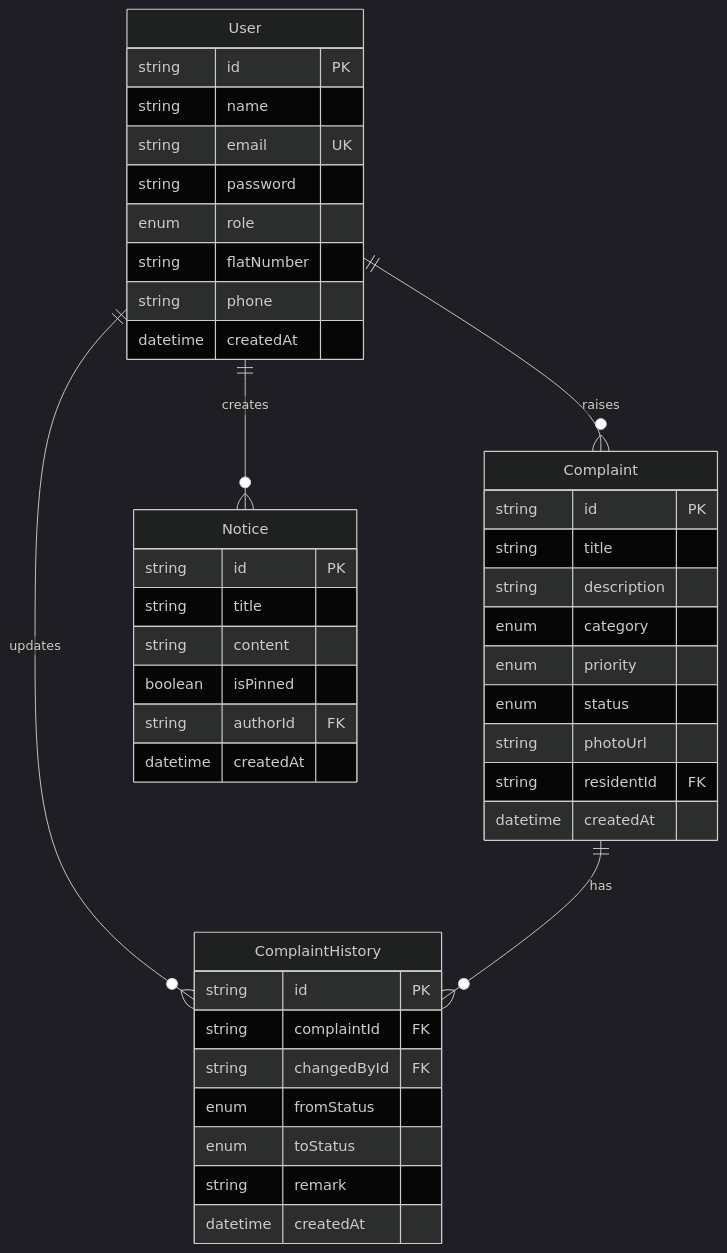
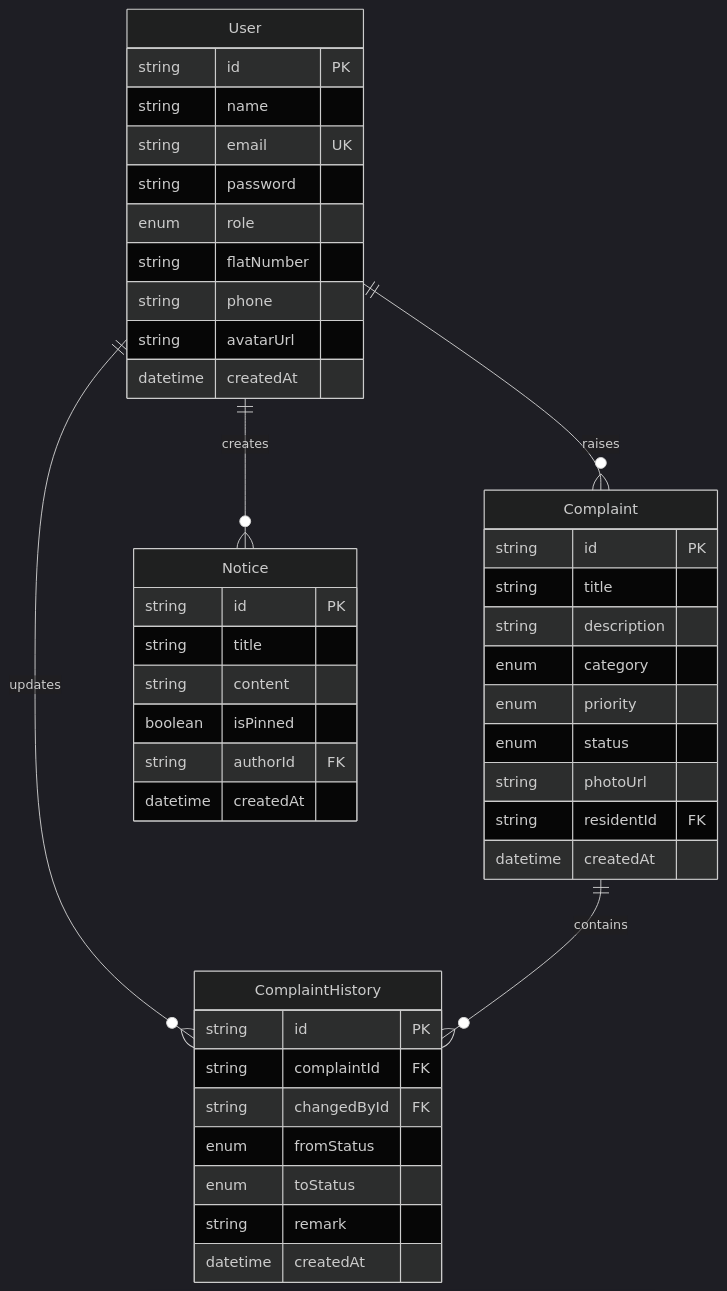
One commit to pranavattarde/society-maintenance-management changed the diagram in README.md. Above: the diagram before and after it, drawn with Mermaid (dark theme). The commit also changed other lines of this file and 25 other files, not shown here.

````diff
--- a/README.md
+++ b/README.md
@@ -99,49 +140,50 @@
 ```mermaid
 erDiagram
     User ||--o{ Complaint : "raises"
     User ||--o{ ComplaintHistory : "updates"
     User ||--o{ Notice : "creates"
-    Complaint ||--o{ ComplaintHistory : "has"
+    Complaint ||--o{ ComplaintHistory : "contains"
 
     User {
         string id PK
         string name
         string email UK
         string password
         enum role
         string flatNumber
         string phone
+        string avatarUrl
         datetime createdAt
     }
 
     Complaint {
         string id PK
         string title
         string description
         enum category
         enum priority
         enum status
         string photoUrl
         string residentId FK
         datetime createdAt
     }
 
     ComplaintHistory {
         string id PK
         string complaintId FK
         string changedById FK
         enum fromStatus
         enum toStatus
         string remark
         datetime createdAt
     }
 
     Notice {
         string id PK
         string title
         string content
         boolean isPinned
         string authorId FK
         datetime createdAt
     }
 ```
````
